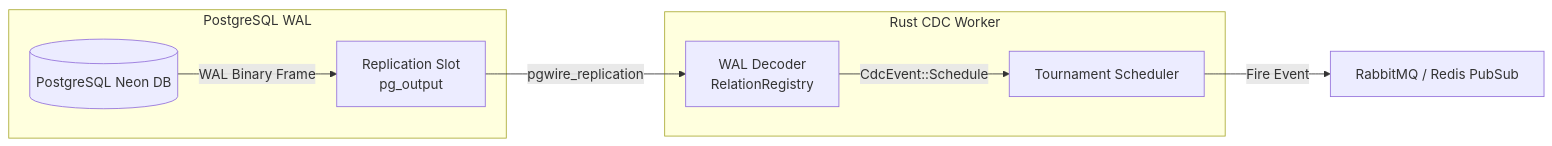
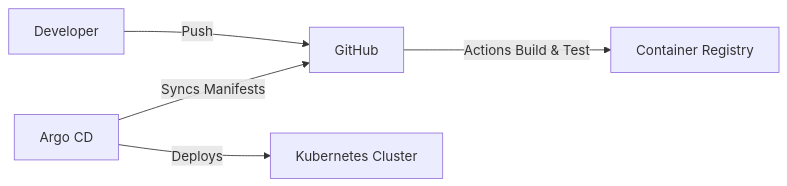
The sixth of 6 diagrams in README.md (bhatvinay7/chess-1), drawn with Mermaid before and after one commit. The commit also changed other lines of this file, not shown here.

````diff
--- a/README.md
+++ b/README.md
@@ -187,13 +264,7 @@
 ```mermaid
 graph LR
-    subgraph PostgreSQL WAL
-        DB[(PostgreSQL Neon DB)] -->|WAL Binary Frame| SLOT[Replication Slot<br/>pg_output]
-    end
-
-    subgraph Rust CDC Worker
-        SLOT -->|pgwire_replication| DEC[WAL Decoder<br/>RelationRegistry]
-        DEC -->|CdcEvent::Schedule| SCHED[Tournament Scheduler]
-    end
-
-    SCHED -->|Fire Event| RMQ[RabbitMQ / Redis PubSub]
+    Dev[Developer] -->|Push| Git[GitHub]
+    Git -->|Actions Build & Test| GHCR[Container Registry]
+    Argo[Argo CD] -->|Syncs Manifests| Git
+    Argo -->|Deploys| K8s[Kubernetes Cluster]
 ```
````
